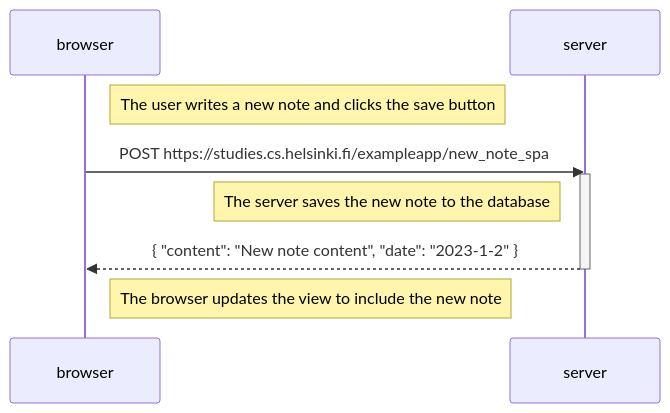
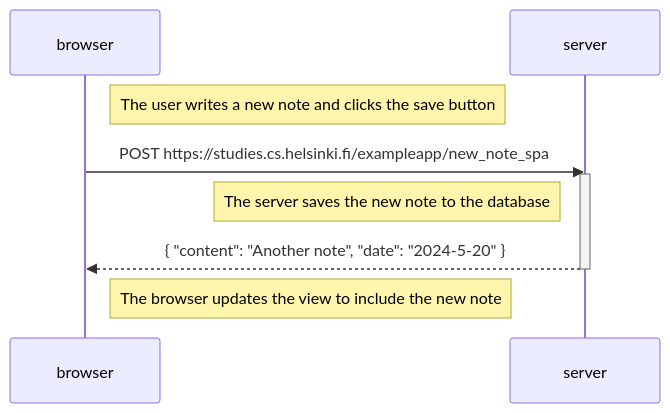
The second of 2 diagrams in part0/README.md (firstnuel/fullstackopen), drawn with Mermaid before and after one commit. The commit also changed other lines of this file, not shown here.

````diff
--- a/part0/README.md
+++ b/part0/README.md
@@ -34,15 +34,15 @@
 ```mermaid
 sequenceDiagram
     participant browser
     participant server
 
     Note right of browser: The user writes a new note and clicks the save button
 
     browser->>server: POST https://studies.cs.helsinki.fi/exampleapp/new_note_spa
     activate server
     Note left of server: The server saves the new note to the database
-    server-->>browser: { "content": "New note content", "date": "2023-1-2" }
+    server-->>browser: { "content": "Another note", "date": "2024-5-20" }
     deactivate server
 
     Note right of browser: The browser updates the view to include the new note
 ```
````
